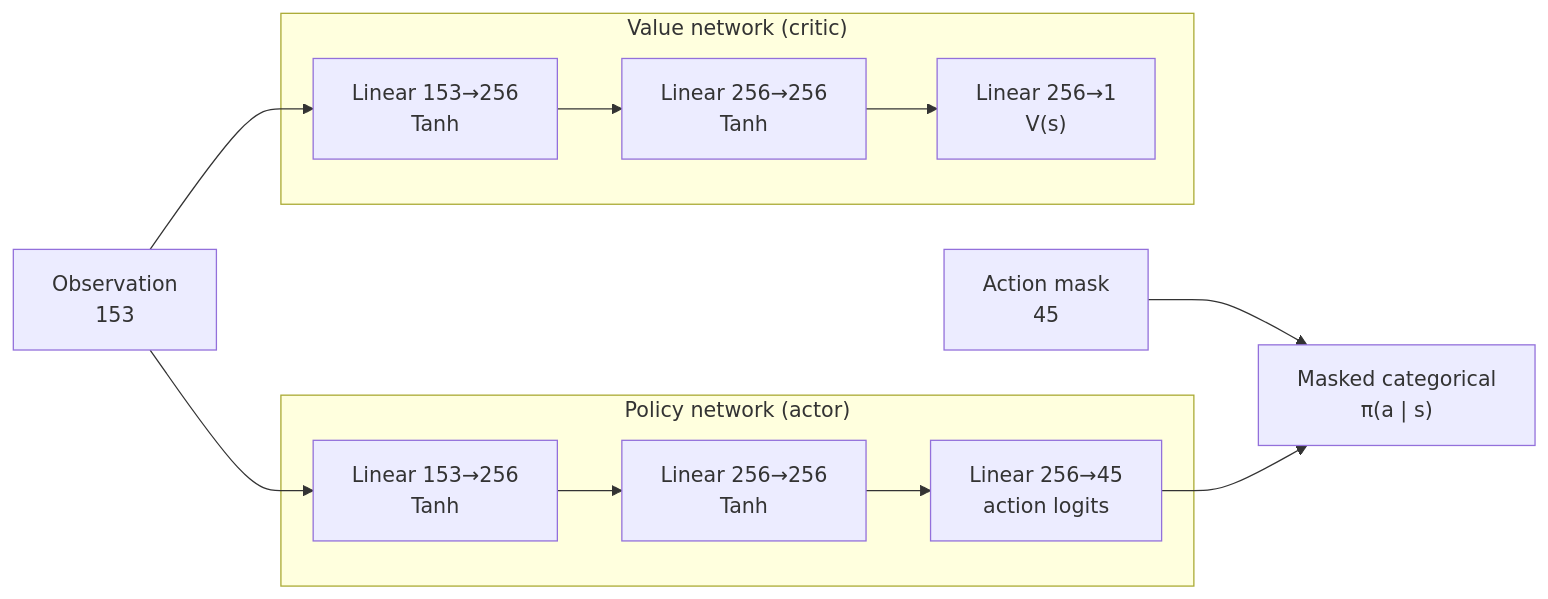
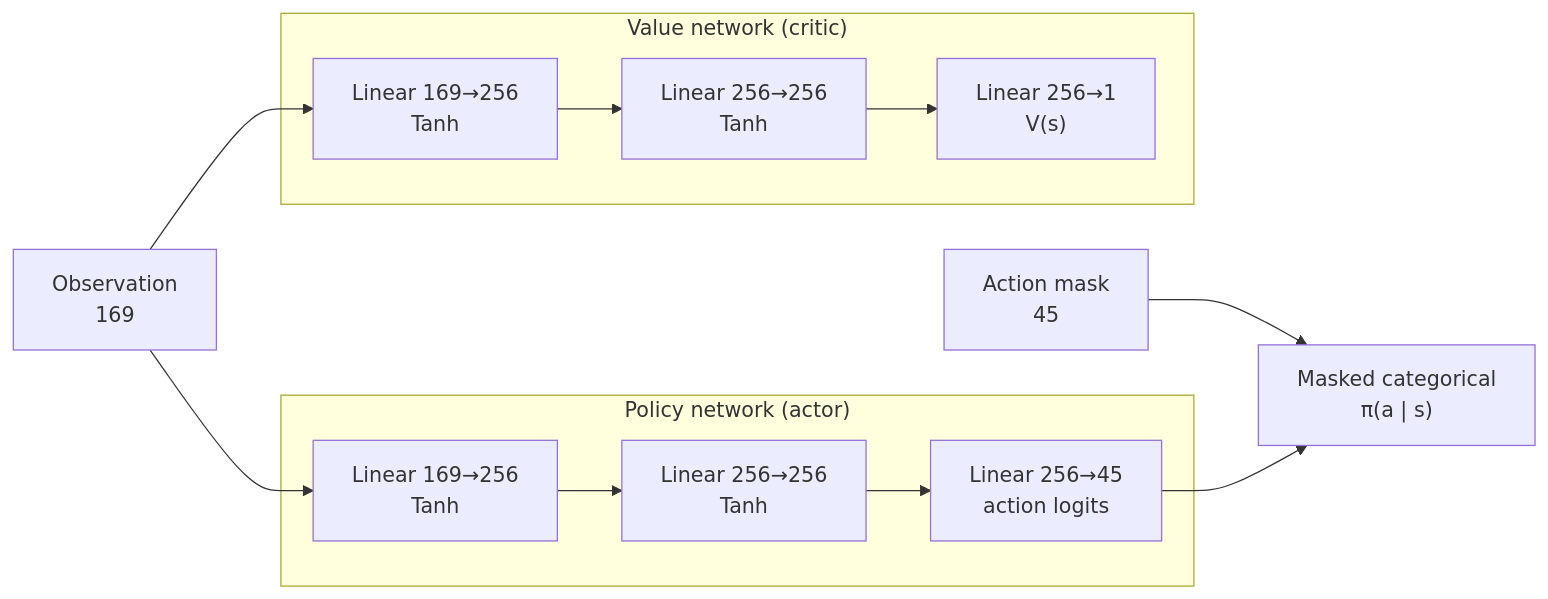
Before and after one commit to Naris404/clash_royale_rl_agent: the diagram in docs/rl-agent.md, drawn with Mermaid. The commit also changed other lines of this file and 2 other files, not shown here.

````diff
--- a/docs/rl-agent.md
+++ b/docs/rl-agent.md
@@ -174,13 +179,13 @@
 ```mermaid
 flowchart LR
-    obs["Observation<br/>153"] --> p1["Linear 153→256<br/>Tanh"]
-    obs --> v1["Linear 153→256<br/>Tanh"]
+    obs["Observation<br/>169"] --> p1["Linear 169→256<br/>Tanh"]
+    obs --> v1["Linear 169→256<br/>Tanh"]
     subgraph policy["Policy network (actor)"]
         p1 --> p2["Linear 256→256<br/>Tanh"] --> logits["Linear 256→45<br/>action logits"]
     end
     subgraph value["Value network (critic)"]
         v1 --> v2["Linear 256→256<br/>Tanh"] --> val["Linear 256→1<br/>V(s)"]
     end
     mask["Action mask<br/>45"] --> dist
     logits --> dist["Masked categorical<br/>π(a | s)"]
 ```
````
